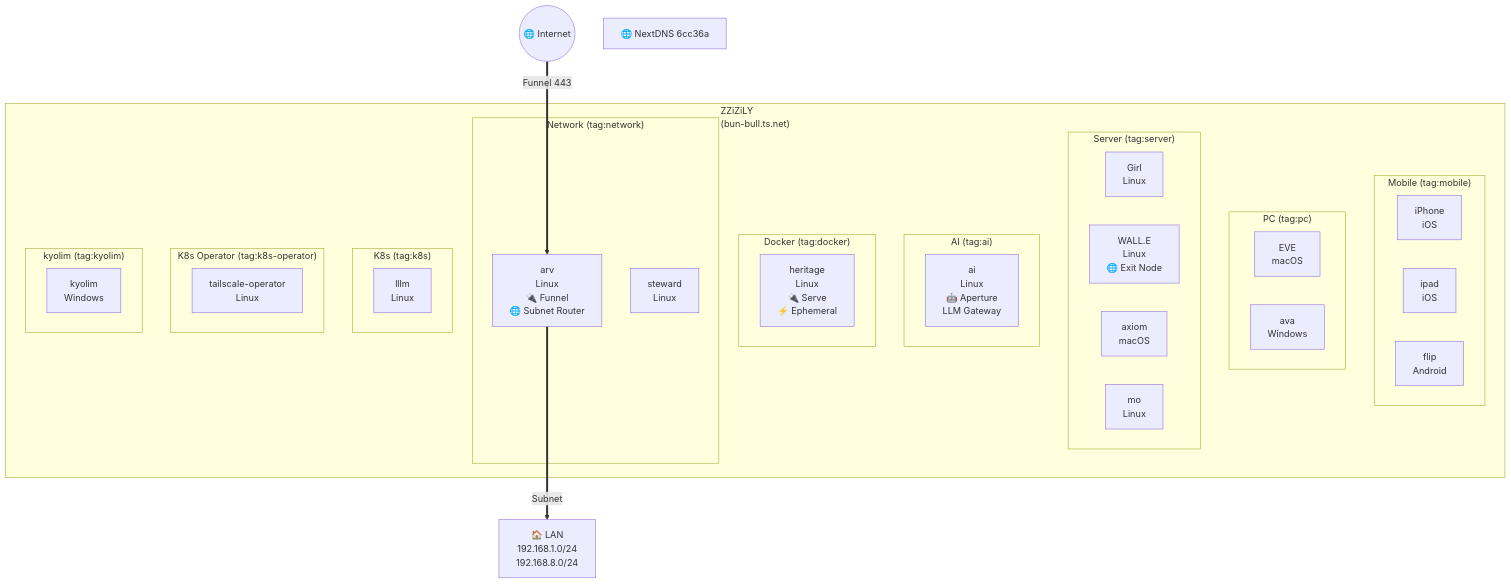
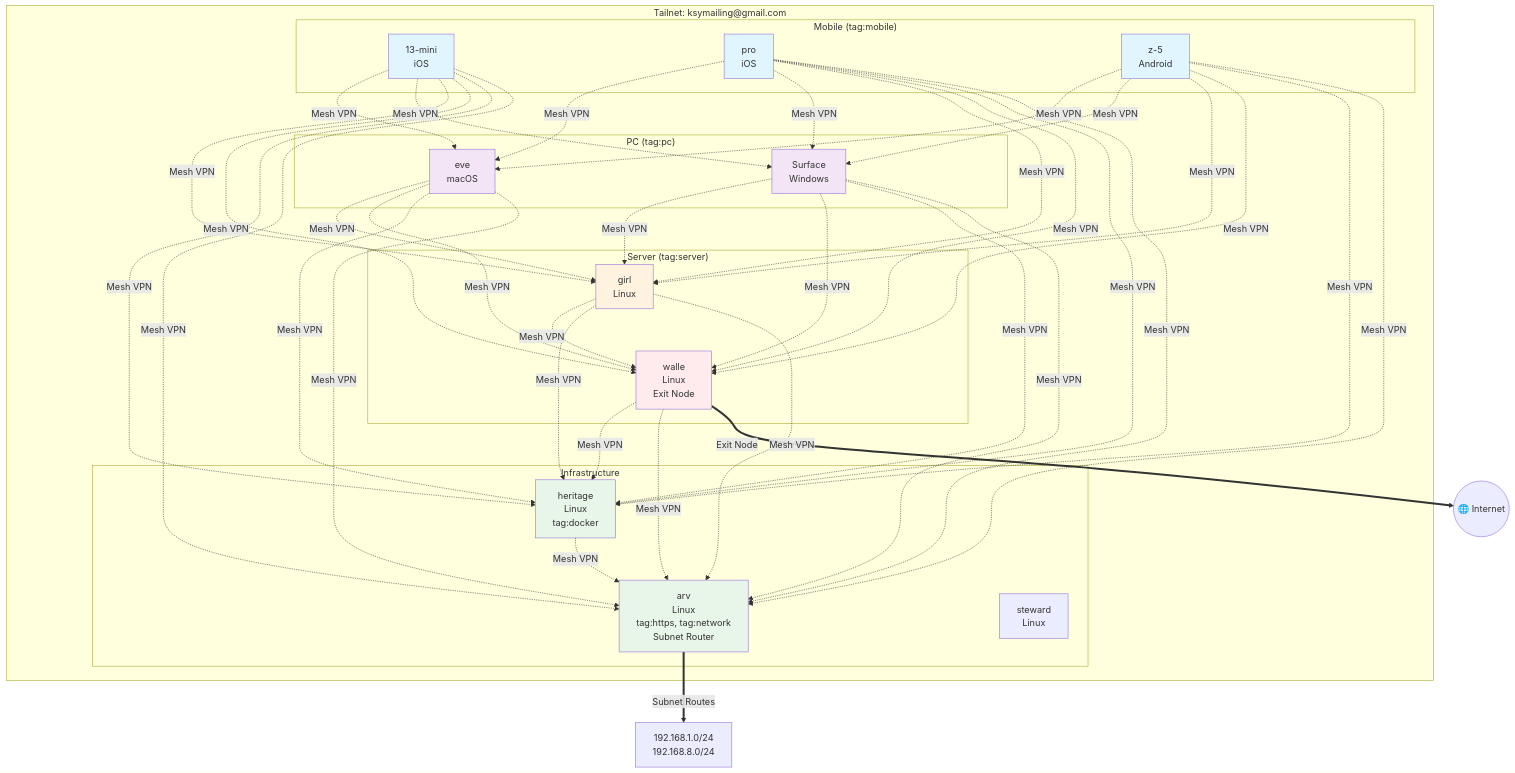
Before and after one commit to deuxksy/sylph: the first of 2 diagrams in README.md, drawn with Mermaid. The commit also changed other lines of this file, not shown here.

Commit message:
fix: update device names and network diagram in README.md for clarity

````diff
--- a/README.md
+++ b/README.md
@@ -10,53 +10,65 @@
 ```mermaid
 graph TB
-
-    subgraph "ZZiZiLY<br/>(bun-bull.ts.net)"
+    subgraph "Tailnet: ksymailing@gmail.com"
         subgraph "Mobile (tag:mobile)"
-            M1[iPhone<br/>iOS]
-            M2[ipad<br/>iOS]
-            M3[flip<br/>Android]
+            M1[13-mini<br/>iOS]
+            M2[pro<br/>iOS]
+            M3[z-5<br/>Android]
         end
 
         subgraph "PC (tag:pc)"
-            PC1[EVE<br/>macOS]
-            PC2[ava<br/>Windows]
+            PC1[eve<br/>macOS]
+            PC2[Surface<br/>Windows]
         end
 
         subgraph "Server (tag:server)"
-            S1[Girl<br/>Linux]
-            S2[WALL.E<br/>Linux<br/>🌐 Exit Node]
-            S3[axiom<br/>macOS]
-            S4[mo<br/>Linux]
+            S1[girl<br/>Linux]
+            S2[walle<br/>Linux<br/>Exit Node]
         end
 
-        subgraph "AI (tag:ai)"
-            AI1[ai<br/>Linux<br/>🤖 Aperture<br/>LLM Gateway]
-        end
-
-        subgraph "Docker (tag:docker)"
-            I1[heritage<br/>Linux<br/>🔌 Serve<br/>⚡ Ephemeral]
-        end
-
-        subgraph "Network (tag:network)"
-            I2[arv<br/>Linux<br/>🔌 Funnel<br/>🌐 Subnet Router]
+        subgraph "Infrastructure"
+            I1[heritage<br/>Linux<br/>tag:docker]
+            I2[arv<br/>Linux<br/>tag:https, tag:network<br/>Subnet Router]
             I3[steward<br/>Linux]
-        end
-
-        subgraph "K8s (tag:k8s)"
-            K1[lllm<br/>Linux]
-        end
-
-        subgraph "K8s Operator (tag:k8s-operator)"
-            KO1[tailscale-operator<br/>Linux]
-        end
-
-        subgraph "kyolim (tag:kyolim)"
-            KY1[kyolim<br/>Windows]
         end
     end
 
-    Internet((🌐 Internet)) ==>|Funnel 443| I2
-    I2 ==>|Subnet| LAN[🏠 LAN<br/>192.168.1.0/24<br/>192.168.8.0/24]
-    DNS[🌐 NextDNS 6cc36a]
+    M1 & M2 & M3 -.->|Mesh VPN| PC1
+    M1 & M2 & M3 -.->|Mesh VPN| PC2
+    M1 & M2 & M3 -.->|Mesh VPN| S1
+    M1 & M2 & M3 -.->|Mesh VPN| S2
+    M1 & M2 & M3 -.->|Mesh VPN| I1
+    M1 & M2 & M3 -.->|Mesh VPN| I2
 
+    PC1 -.->|Mesh VPN| S1
+    PC1 -.->|Mesh VPN| S2
+    PC1 -.->|Mesh VPN| I1
+    PC1 -.->|Mesh VPN| I2
+
+    PC2 -.->|Mesh VPN| S1
+    PC2 -.->|Mesh VPN| S2
+    PC2 -.->|Mesh VPN| I1
+    PC2 -.->|Mesh VPN| I2
+
+    S1 -.->|Mesh VPN| S2
+    S1 -.->|Mesh VPN| I1
+    S1 -.->|Mesh VPN| I2
+
+    S2 -.->|Mesh VPN| I1
+    S2 -.->|Mesh VPN| I2
+
+    I1 -.->|Mesh VPN| I2
+
+    S2 ==>|Exit Node| Internet((🌐 Internet))
+    I2 ==>|Subnet Routes| LAN[192.168.1.0/24<br/>192.168.8.0/24]
+
+    style M1 fill:#e1f5fe
+    style M2 fill:#e1f5fe
+    style M3 fill:#e1f5fe
+    style PC1 fill:#f3e5f5
+    style PC2 fill:#f3e5f5
+    style S1 fill:#fff3e0
+    style S2 fill:#ffebee
+    style I1 fill:#e8f5e9
+    style I2 fill:#e8f5e9
 ```
````
